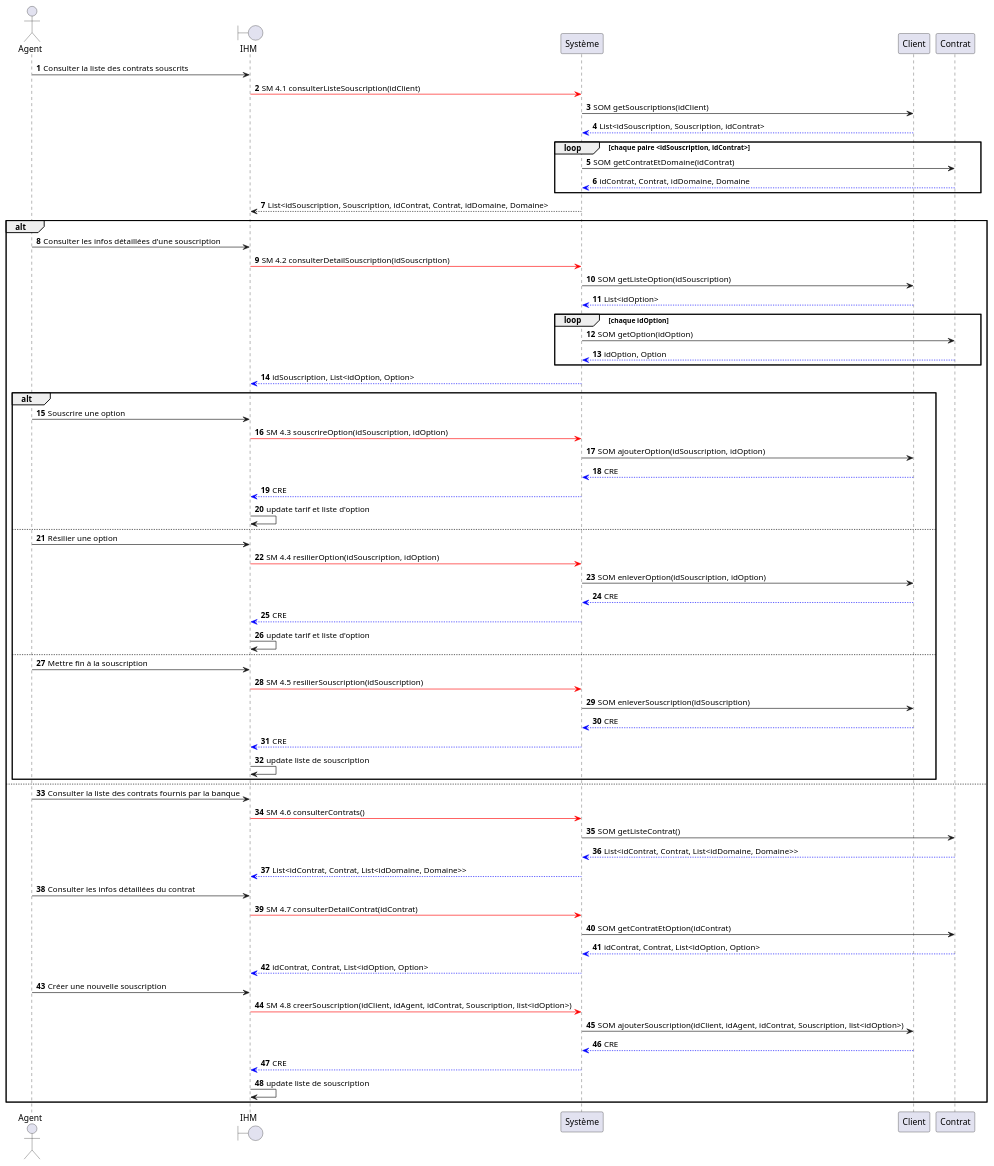
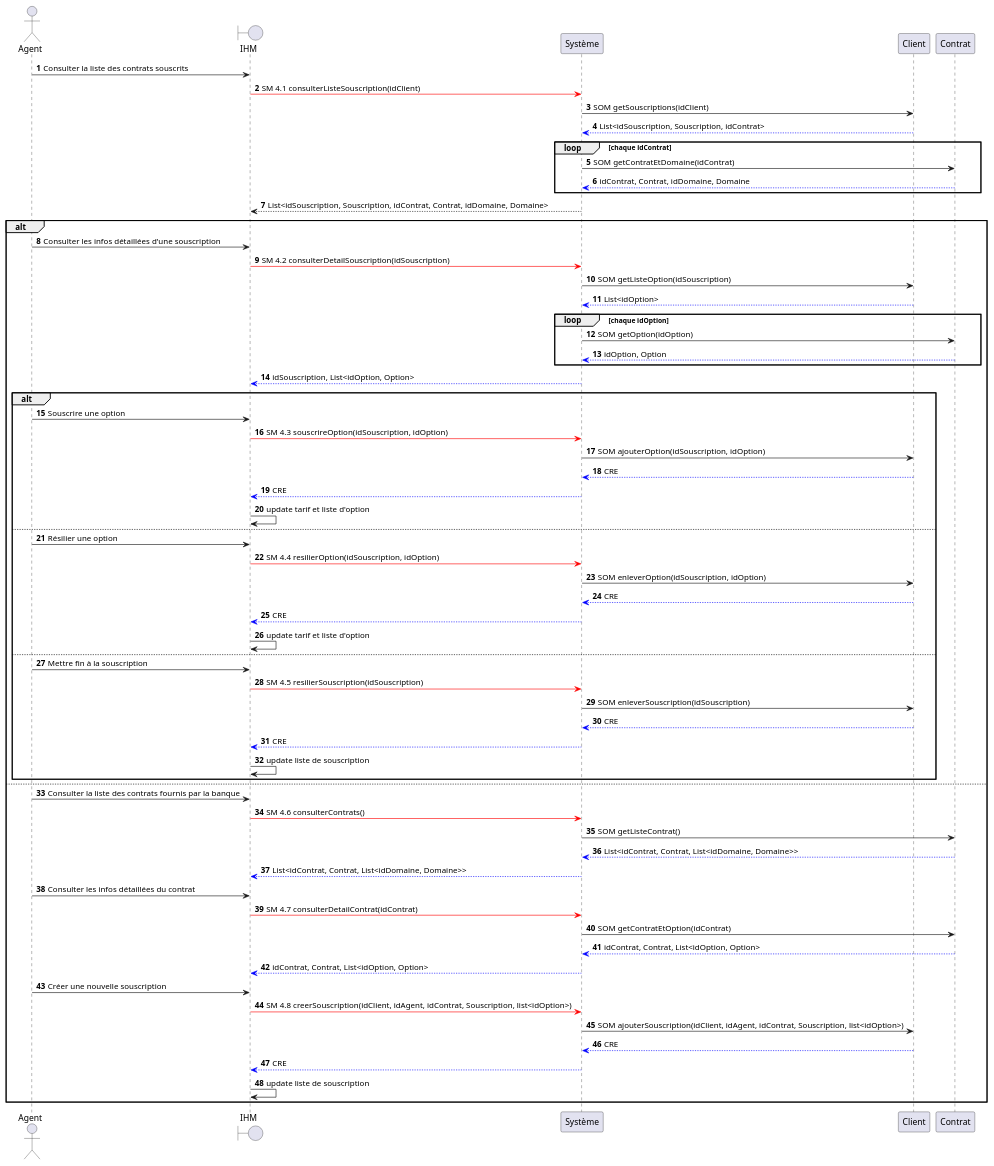
The diagram in src/documentation/CU4_DSD.puml (HZjiadong/PLD-MARS), drawn with PlantUML before and after one commit.

Commit message:
fix(CU4_DSD): fix loop object

```diff
--- a/src/documentation/CU4_DSD.puml
+++ b/src/documentation/CU4_DSD.puml
@@ -1,73 +1,73 @@
 @startuml
 actor Agent
 boundary IHM
 participant Système
 participant Client
 participant Contrat
 autonumber
 Agent -> IHM : Consulter la liste des contrats souscrits
 IHM -[#red]> Système : SM 4.1 consulterListeSouscription(idClient)
 Système -> Client : SOM getSouscriptions(idClient)
 Client -[#0000FF]-> Système : List<idSouscription, Souscription, idContrat>
-loop chaque paire <idSouscription, idContrat>
+loop chaque idContrat
     Système -> Contrat : SOM getContratEtDomaine(idContrat)
     Contrat -[#0000FF]-> Système : idContrat, Contrat, idDomaine, Domaine
 end
 Système --> IHM : List<idSouscription, Souscription, idContrat, Contrat, idDomaine, Domaine>
 alt
     Agent -> IHM : Consulter les infos détaillées d'une souscription
     IHM -[#red]> Système : SM 4.2 consulterDetailSouscription(idSouscription)
     Système -> Client : SOM getListeOption(idSouscription)
     Client -[#0000FF]-> Système : List<idOption>
     loop chaque idOption
         Système -> Contrat : SOM getOption(idOption)
         Contrat -[#0000FF]-> Système :idOption, Option
     end
     Système -[#0000FF]-> IHM : idSouscription, List<idOption, Option>
     alt
     Agent -> IHM : Souscrire une option
     IHM -[#red]> Système : SM 4.3 souscrireOption(idSouscription, idOption)
     Système -> Client : SOM ajouterOption(idSouscription, idOption)
     Client -[#0000FF]-> Système : CRE
     Système -[#0000FF]-> IHM : CRE
     IHM -> IHM : update tarif et liste d'option
     else
     Agent -> IHM : Résilier une option
     IHM -[#red]> Système : SM 4.4 resilierOption(idSouscription, idOption)
     Système -> Client : SOM enleverOption(idSouscription, idOption)
     Client -[#0000FF]-> Système : CRE
     Système -[#0000FF]-> IHM : CRE
     IHM -> IHM : update tarif et liste d'option
     else
     Agent -> IHM : Mettre fin à la souscription
     IHM -[#red]> Système : SM 4.5 resilierSouscription(idSouscription)
     Système -> Client : SOM enleverSouscription(idSouscription)
     Client -[#0000FF]-> Système : CRE
     Système -[#0000FF]-> IHM : CRE
     IHM -> IHM : update liste de souscription
     end
 else
     Agent -> IHM : Consulter la liste des contrats fournis par la banque
     IHM -[#red]> Système : SM 4.6 consulterContrats()
     Système -> Contrat : SOM getListeContrat()
     Contrat -[#0000FF]-> Système : List<idContrat, Contrat, List<idDomaine, Domaine>>
     Système -[#0000FF]-> IHM : List<idContrat, Contrat, List<idDomaine, Domaine>>
 
     Agent -> IHM : Consulter les infos détaillées du contrat
     IHM -[#red]> Système : SM 4.7 consulterDetailContrat(idContrat)
     Système -> Contrat : SOM getContratEtOption(idContrat)
     Contrat -[#0000FF]-> Système : idContrat, Contrat, List<idOption, Option>
     Système -[#0000FF]-> IHM : idContrat, Contrat, List<idOption, Option>
 
     Agent -> IHM : Créer une nouvelle souscription
     IHM -[#red]> Système : SM 4.8 creerSouscription(idClient, idAgent, idContrat, Souscription, list<idOption>)
     Système -> Client : SOM ajouterSouscription(idClient, idAgent, idContrat, Souscription, list<idOption>)
     Client -[#0000FF]-> Système : CRE
     Système -[#0000FF]-> IHM : CRE
     IHM -> IHM : update liste de souscription
 end
 
 
 
 
 @enduml
```
